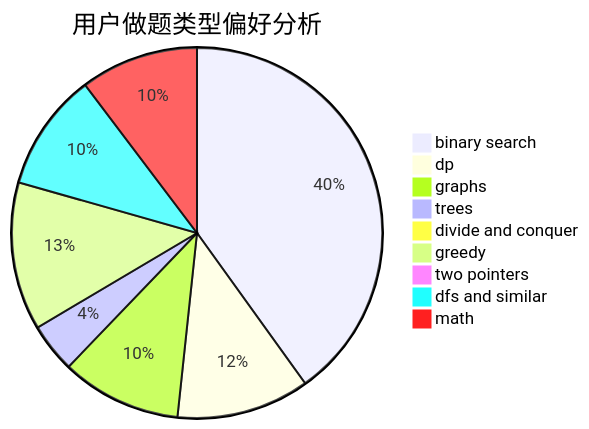
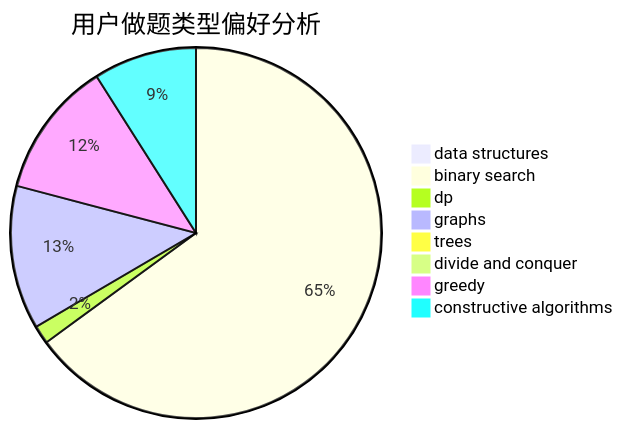
The second of 3 diagrams in docs/user/u2519.md (sherpahu/cfrs.github.io), drawn with Mermaid before and after one commit. The commit also changed other lines of this file and 2775 other files, not shown here.

````diff
--- a/docs/user/u2519.md
+++ b/docs/user/u2519.md
@@ -23,12 +23,11 @@
 ```mermaid
 pie title 用户做题类型偏好分析
-    "binary search" :  214
-    "dp" :  62
-    "graphs" :  56
-    "trees" :  23
+    "data structures" :  1
+    "binary search" :  202
+    "dp" :  5
+    "graphs" :  39
+    "trees" :  0
     "divide and conquer" :  0
-    "greedy" :  69
-    "two pointers" :  1
-    "dfs and similar" :  55
-    "math" :  55
+    "greedy" :  37
+    "constructive algorithms" :  28
 ```
````
